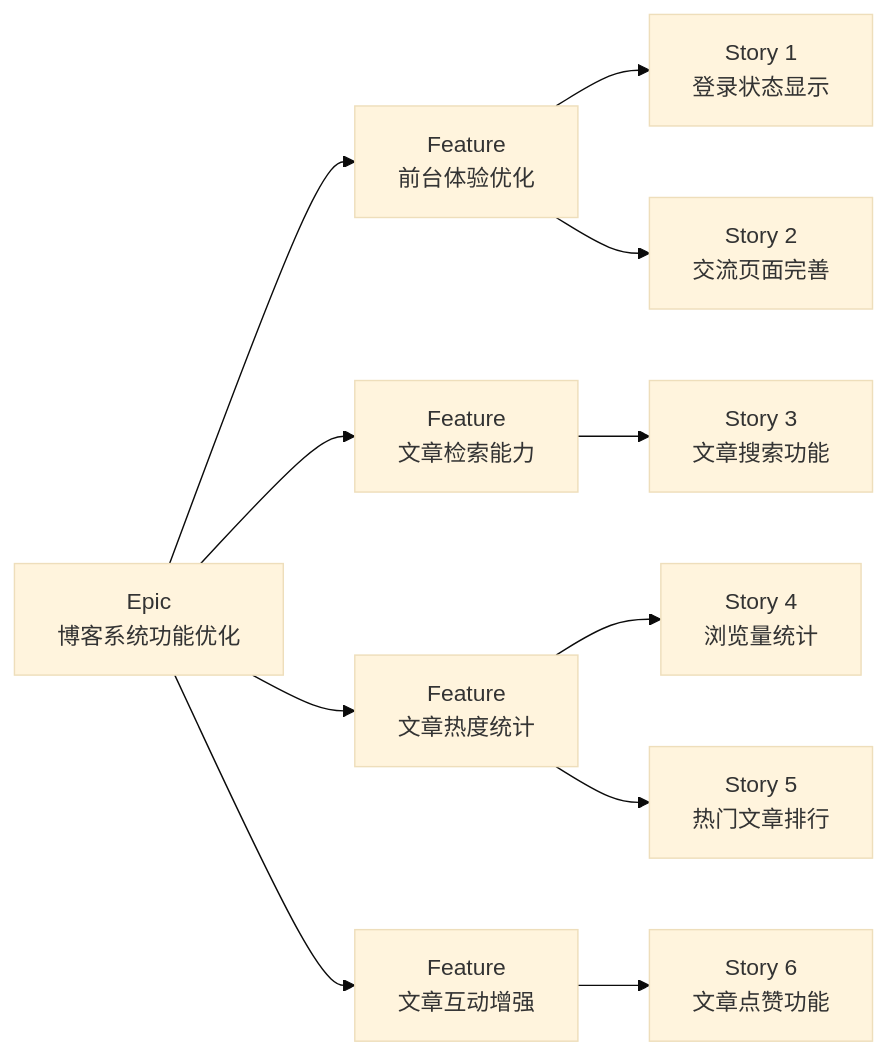
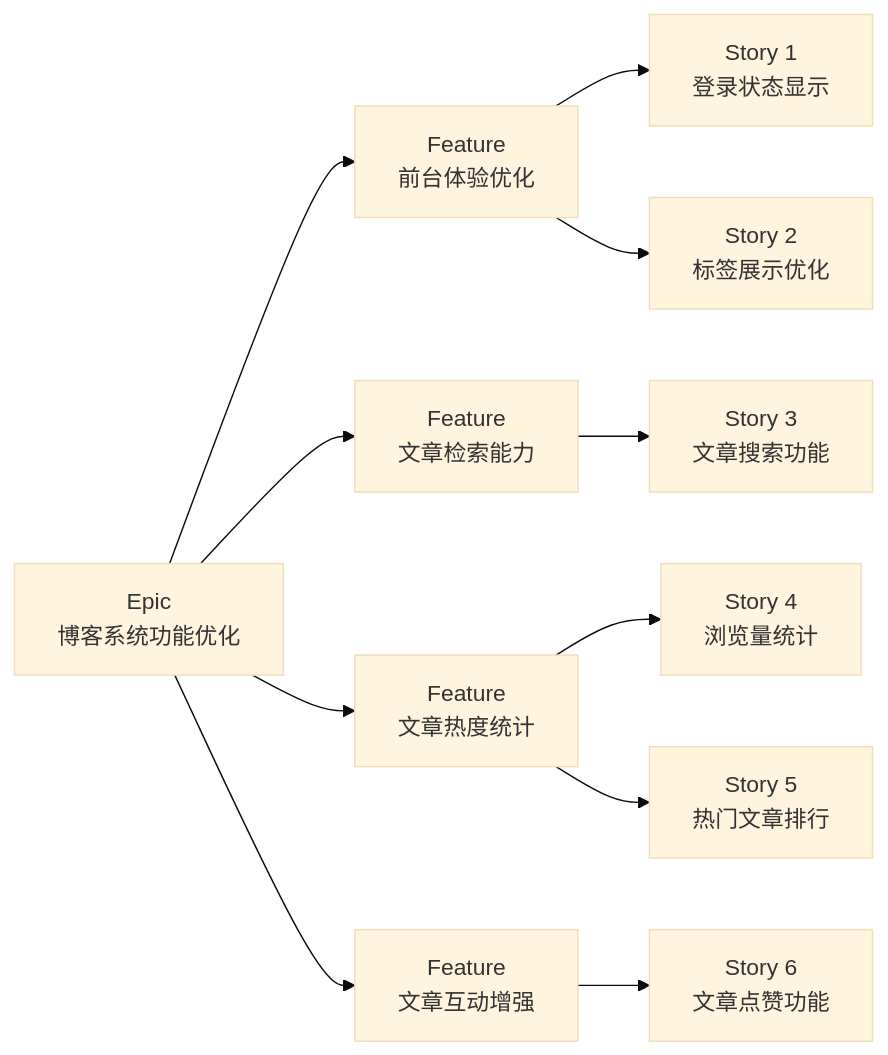
One commit to zxc2005517-stack/bootdo-blog-system changed the third of 7 diagrams in README.md. Above: the diagram before and after it, drawn with Mermaid (base theme). The commit also changed other lines of this file, not shown here.

````diff
--- a/README.md
+++ b/README.md
@@ -90,19 +90,19 @@
 ```mermaid
 graph LR
     A[Epic<br/>博客系统功能优化]
 
     A --> B[Feature<br/>前台体验优化]
     A --> C[Feature<br/>文章检索能力]
     A --> D[Feature<br/>文章热度统计]
     A --> E[Feature<br/>文章互动增强]
 
     B --> B1[Story 1<br/>登录状态显示]
-    B --> B2[Story 2<br/>交流页面完善]
+    B --> B2[Story 2<br/>标签展示优化]
 
     C --> C1[Story 3<br/>文章搜索功能]
 
     D --> D1[Story 4<br/>浏览量统计]
     D --> D2[Story 5<br/>热门文章排行]
 
     E --> E1[Story 6<br/>文章点赞功能]
 ```
````
